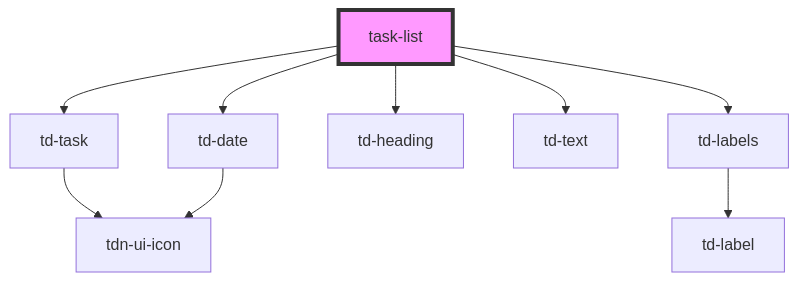
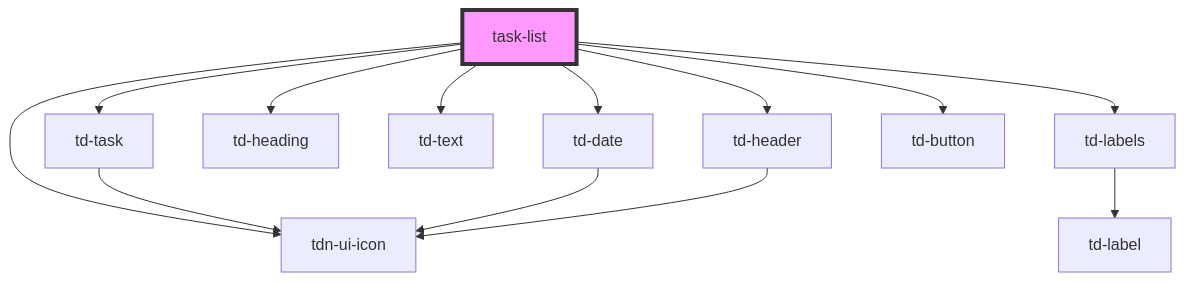
One commit to ajarana/to-done changed the diagram in libs/ui/src/components/task-list/readme.md. Above: the diagram before and after it, drawn with Mermaid. The commit also changed other lines of this file and 22 other files, not shown here.

````diff
--- a/libs/ui/src/components/task-list/readme.md
+++ b/libs/ui/src/components/task-list/readme.md
@@ -34,12 +37,16 @@
 ```mermaid
 graph TD;
   task-list --> td-task
   task-list --> td-labels
   task-list --> td-heading
   task-list --> td-text
   task-list --> td-date
+  task-list --> td-header
+  task-list --> td-button
+  task-list --> tdn-ui-icon
   td-task --> tdn-ui-icon
   td-labels --> td-label
   td-date --> tdn-ui-icon
+  td-header --> tdn-ui-icon
   style task-list fill:#f9f,stroke:#333,stroke-width:4px
 ```
````
